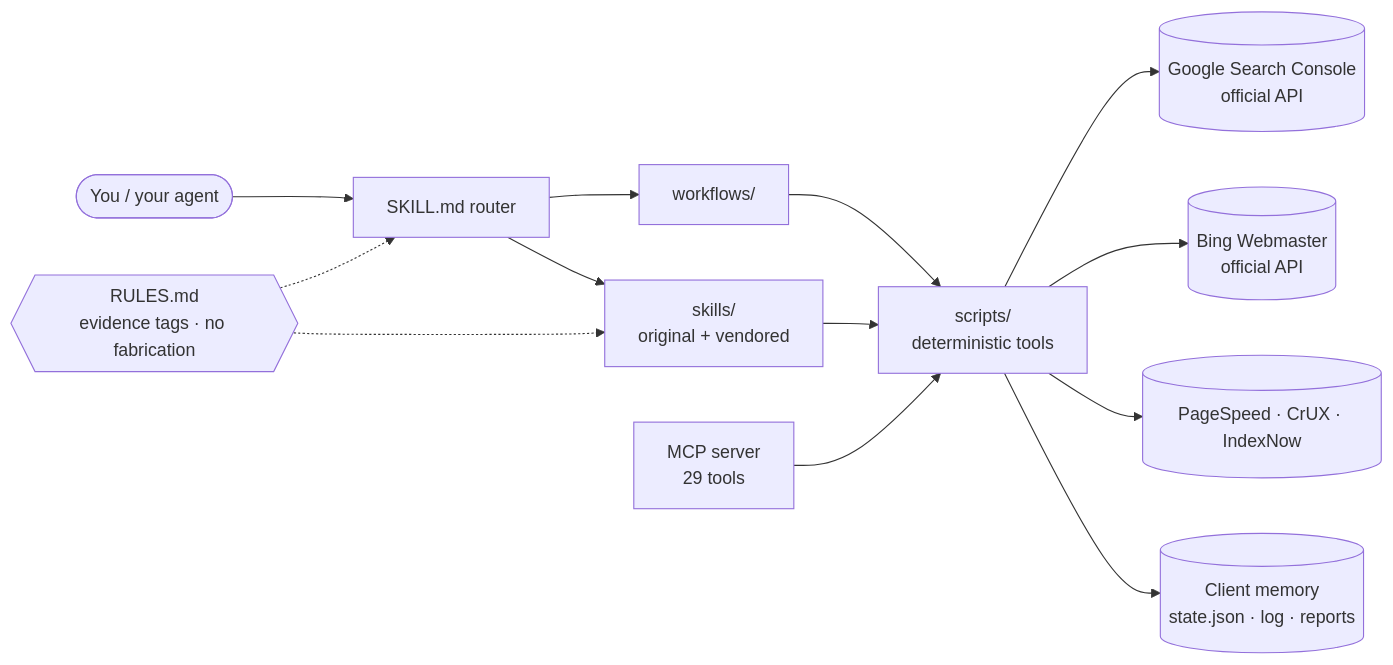
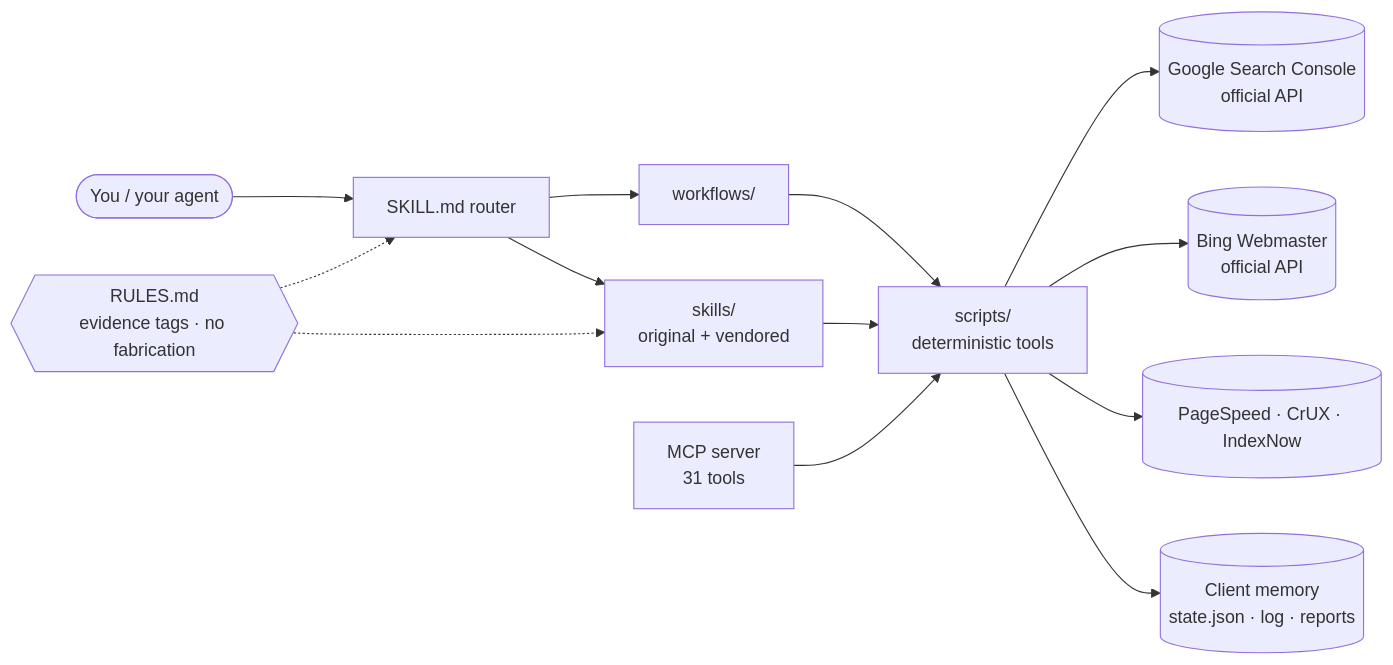
Before and after one commit to F0rger123/CLAUDE-SEO-GOD-MODE: the second of 2 diagrams in README.md, drawn with Mermaid. The commit also changed other lines of this file and 33 other files, not shown here.

````diff
--- a/README.md
+++ b/README.md
@@ -176,15 +198,15 @@
 ```mermaid
 flowchart LR
     U([You / your agent]) --> R[SKILL.md router]
     R --> W[workflows/]
     R --> S[skills/<br/>original + vendored]
     W --> X[scripts/<br/>deterministic tools]
     S --> X
-    M[MCP server<br/>29 tools] --> X
+    M[MCP server<br/>31 tools] --> X
     X --> G[(Google Search Console<br/>official API)]
     X --> B[(Bing Webmaster<br/>official API)]
     X --> P[(PageSpeed · CrUX · IndexNow)]
     X --> C[(Client memory<br/>state.json · log · reports)]
     RU{{RULES.md<br/>evidence tags · no fabrication}} -.-> R
     RU -.-> S
 ```
````
